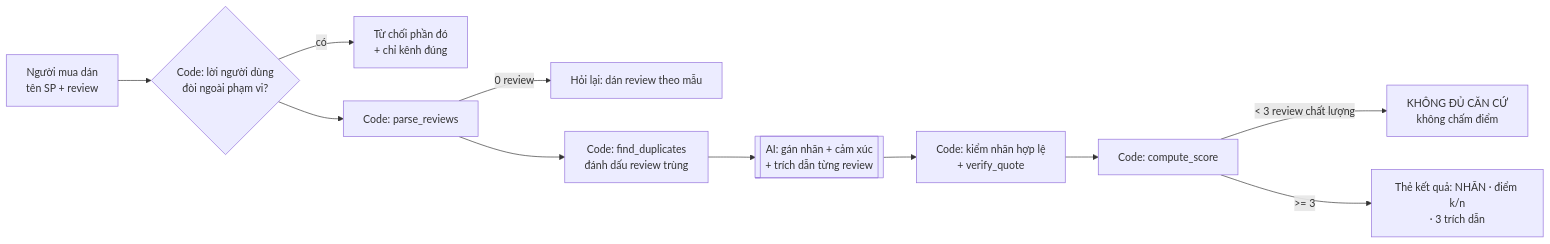
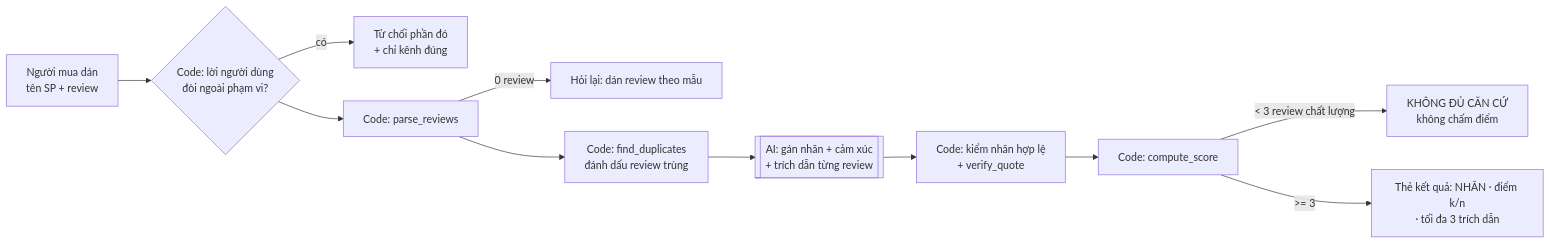
Before and after one commit to Ducbaynao/K5-Day15-L3B-aiphonKupi: the diagram in spec.md, drawn with Mermaid. The commit also changed other lines of this file and 1 other file, not shown here.

````diff
--- a/spec.md
+++ b/spec.md
@@ -42,13 +47,13 @@
 ```mermaid
 flowchart LR
     U[Người mua dán<br/>tên SP + review] --> G0{Code: lời người dùng<br/>đòi ngoài phạm vi?}
     G0 -- có --> R0[Từ chối phần đó<br/>+ chỉ kênh đúng]
     G0 --> P[Code: parse_reviews]
     P -- 0 review --> ASK[Hỏi lại: dán review theo mẫu]
     P --> D[Code: find_duplicates<br/>đánh dấu review trùng]
     D --> AI[[AI: gán nhãn + cảm xúc<br/>+ trích dẫn từng review]]
     AI --> V[Code: kiểm nhãn hợp lệ<br/>+ verify_quote]
     V --> S[Code: compute_score]
     S -- "< 3 review chất lượng" --> NE[KHÔNG ĐỦ CĂN CỨ<br/>không chấm điểm]
-    S -- ">= 3" --> OUT[Thẻ kết quả: NHÃN · điểm k/n<br/>· 3 trích dẫn]
+    S -- ">= 3" --> OUT[Thẻ kết quả: NHÃN · điểm k/n<br/>· tối đa 3 trích dẫn]
 ```
````
